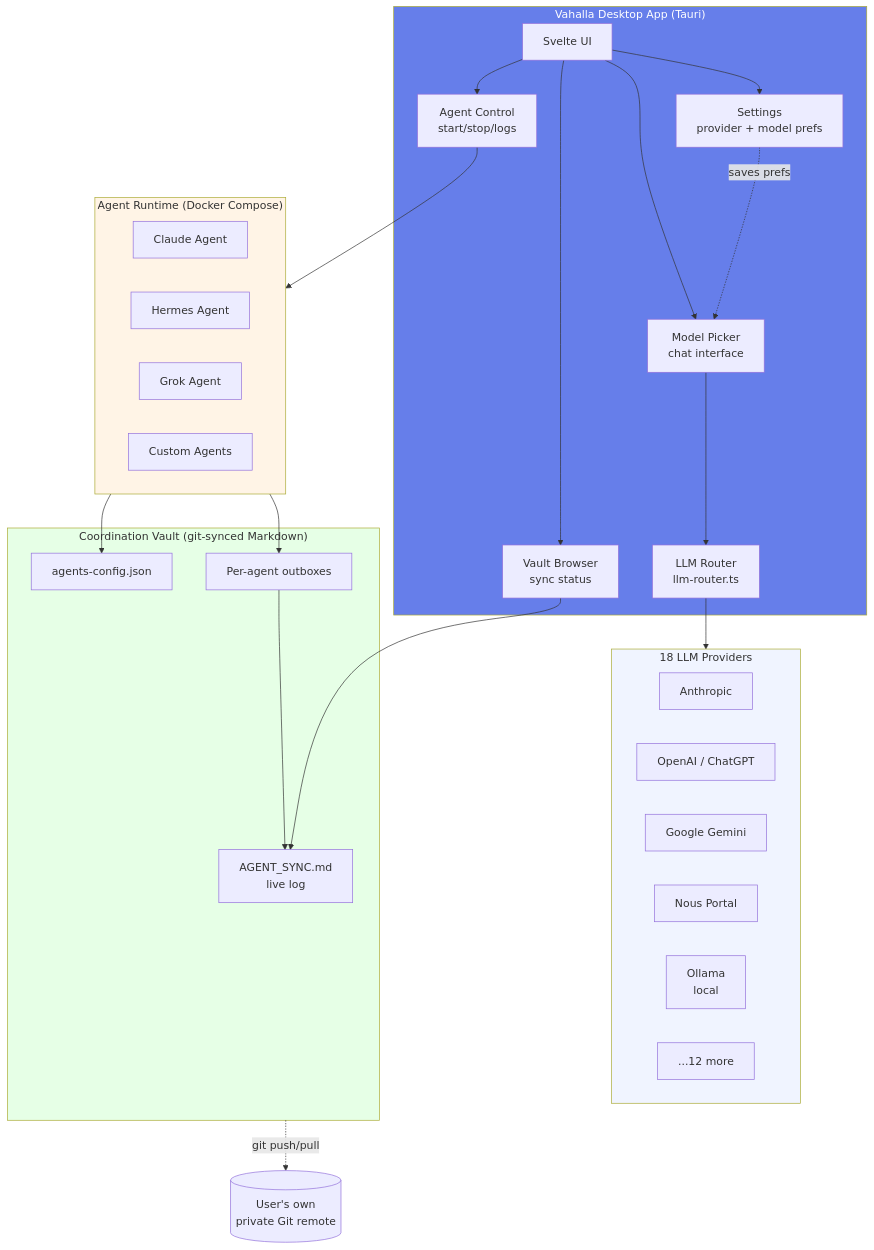
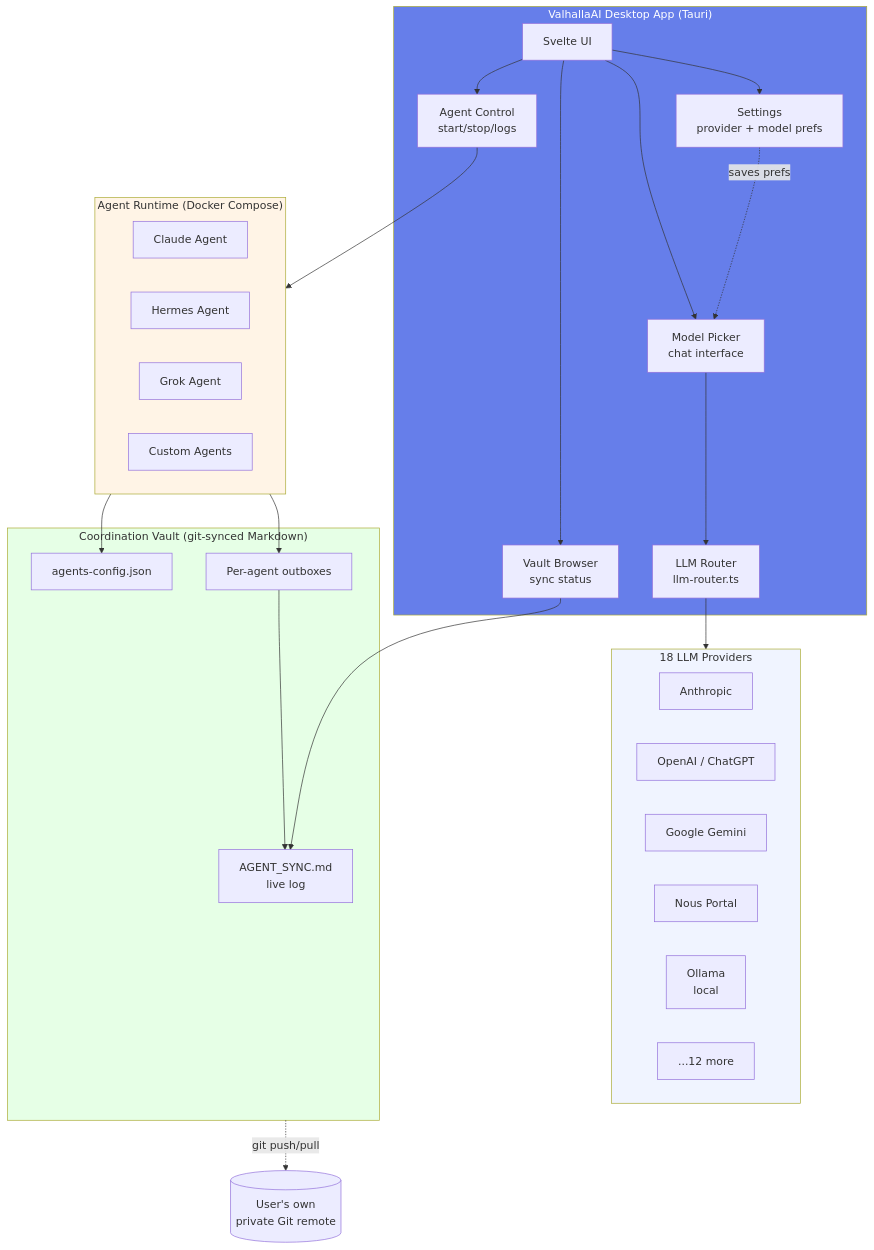
Before and after one commit to jacobcowanr/ValhallaAI: the first of 5 diagrams in ARCHITECTURE.md, drawn with Mermaid. The commit also changed other lines of this file and 19 other files, not shown here.

````diff
--- a/ARCHITECTURE.md
+++ b/ARCHITECTURE.md
@@ -17,57 +17,57 @@
 ```mermaid
 graph TB
-    subgraph Desktop["Vahalla Desktop App (Tauri)"]
+    subgraph Desktop["ValhallaAI Desktop App (Tauri)"]
         UI[Svelte UI]
         Settings[Settings<br/>provider + model prefs]
         ModelPicker[Model Picker<br/>chat interface]
         VaultBrowser[Vault Browser<br/>sync status]
         AgentControl[Agent Control<br/>start/stop/logs]
         Router[LLM Router<br/>llm-router.ts]
     end
 
     subgraph Providers["18 LLM Providers"]
         direction LR
         P1[Anthropic]
         P2[OpenAI / ChatGPT]
         P3[Google Gemini]
         P4[Nous Portal]
         P5[Ollama<br/>local]
         P6[...12 more]
     end
 
     subgraph Runtime["Agent Runtime (Docker Compose)"]
         direction LR
         A1[Claude Agent]
         A2[Hermes Agent]
         A3[Grok Agent]
         A4[Custom Agents]
     end
 
     subgraph Vault["Coordination Vault (git-synced Markdown)"]
         Sync[AGENT_SYNC.md<br/>live log]
         Config[agents-config.json]
         Outbox[Per-agent outboxes]
     end
 
     UI --> Settings
     UI --> ModelPicker
     UI --> VaultBrowser
     UI --> AgentControl
 
     ModelPicker --> Router
     Settings -.saves prefs.-> ModelPicker
     Router --> Providers
 
     AgentControl --> Runtime
     Runtime --> Outbox
     Outbox --> Sync
     VaultBrowser --> Sync
     Runtime --> Config
 
     Vault -. git push/pull .-> RemoteGit[(User's own<br/>private Git remote)]
 
     style Desktop fill:#667eea,color:#fff
     style Providers fill:#f0f4ff
     style Runtime fill:#fff4e6
     style Vault fill:#e6ffe6
 ```
````
